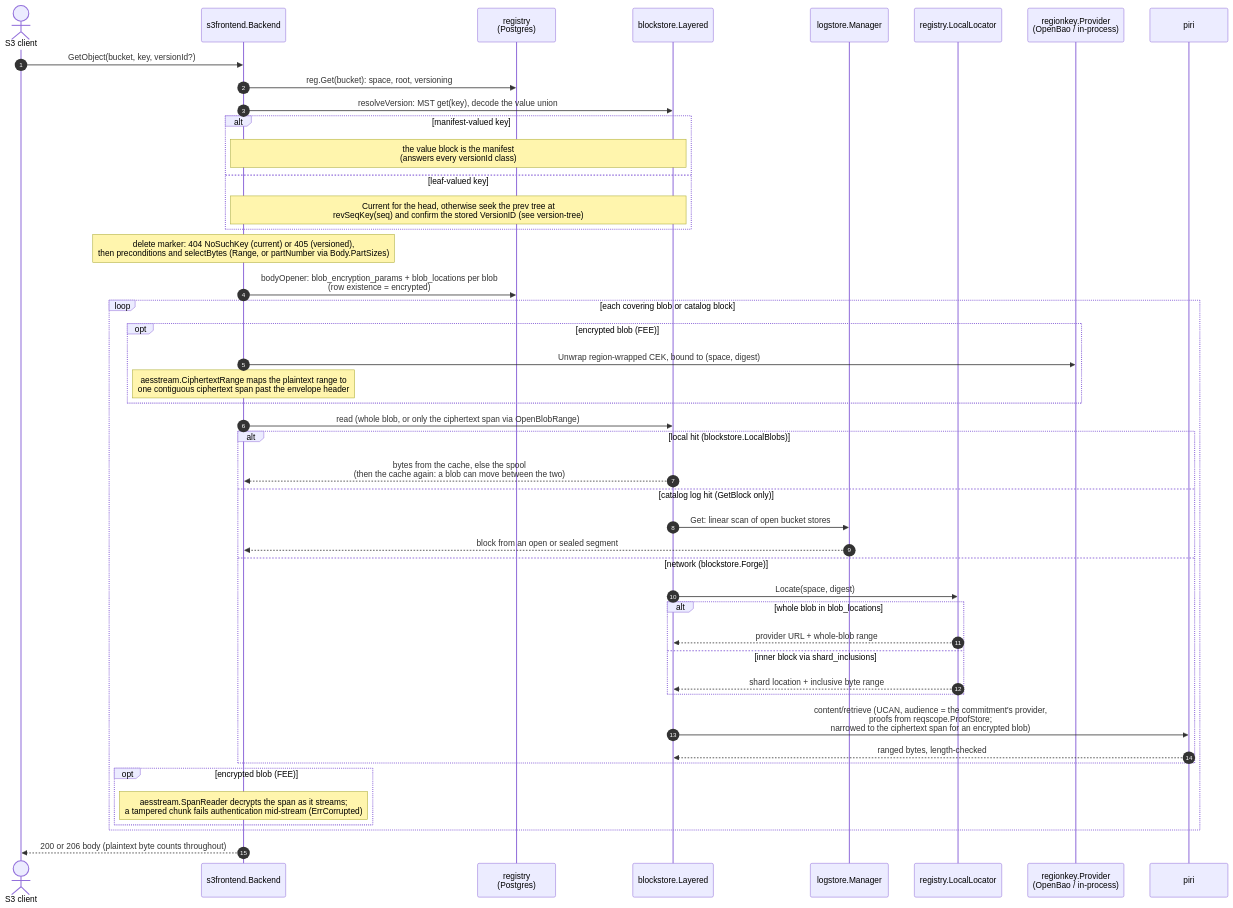
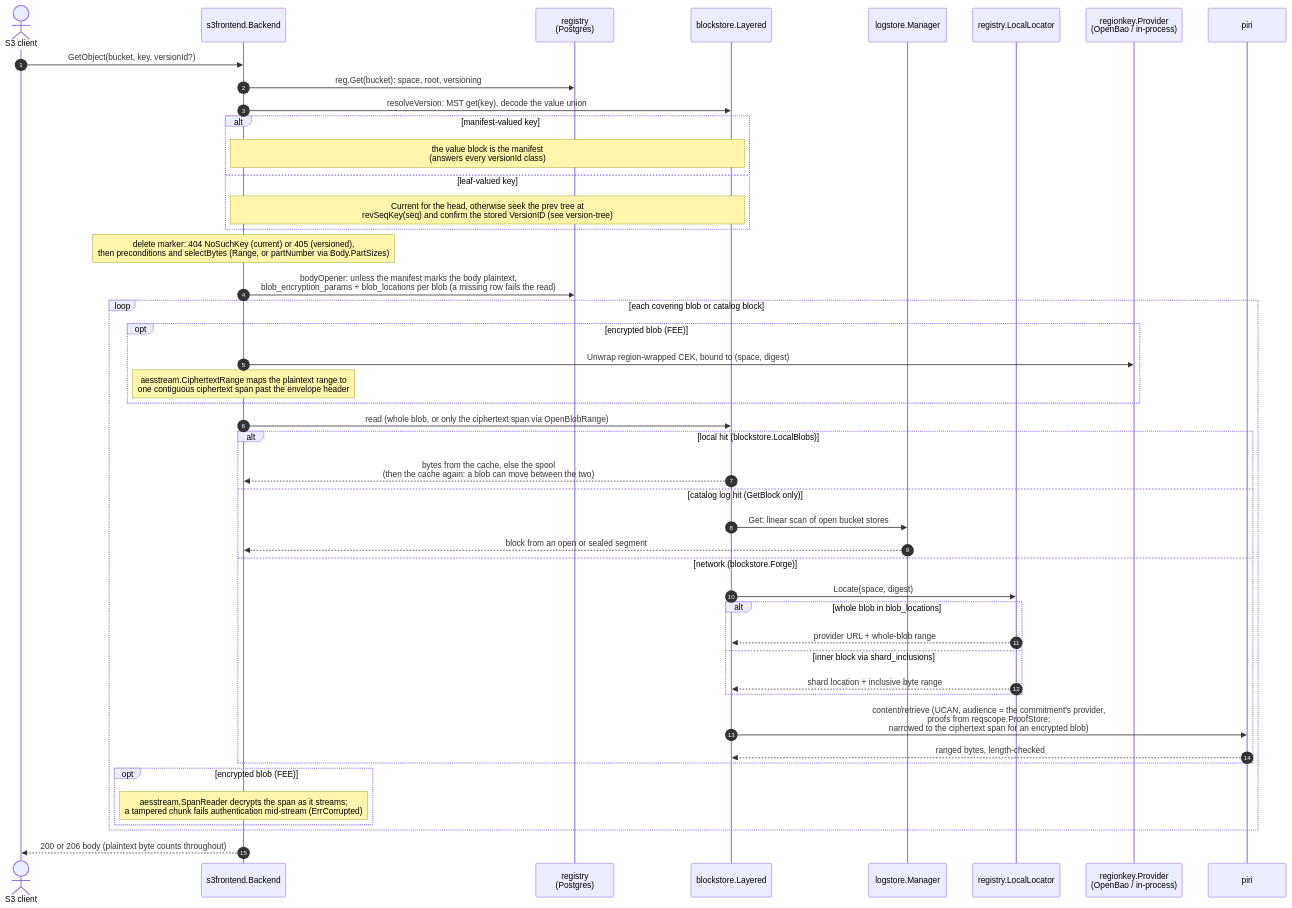
The fifth of 14 diagrams in docs/diagrams.md (fil-forge/ingot), drawn with Mermaid before and after one commit. The commit also changed 34 other files, not shown here.

````diff
--- a/docs/diagrams.md
+++ b/docs/diagrams.md
@@ -404,49 +404,49 @@
 ```mermaid
 sequenceDiagram
     autonumber
     actor C as S3 client
     participant B as s3frontend.Backend
     participant R as registry<br/>(Postgres)
     participant LY as blockstore.Layered
     participant LG as logstore.Manager
     participant LC as registry.LocalLocator
     participant K as regionkey.Provider<br/>(OpenBao / in-process)
     participant P as piri
 
     C->>B: GetObject(bucket, key, versionId?)
     B->>R: reg.Get(bucket): space, root, versioning
     B->>LY: resolveVersion: MST get(key), decode the value union
     alt manifest-valued key
         Note over B,LY: the value block is the manifest<br/>(answers every versionId class)
     else leaf-valued key
         Note over B,LY: Current for the head, otherwise seek the prev tree at<br/>revSeqKey(seq) and confirm the stored VersionID (see version-tree)
     end
     Note over B: delete marker: 404 NoSuchKey (current) or 405 (versioned),<br/>then preconditions and selectBytes (Range, or partNumber via Body.PartSizes)
-    B->>R: bodyOpener: blob_encryption_params + blob_locations per blob<br/>(row existence = encrypted)
+    B->>R: bodyOpener: unless the manifest marks the body plaintext,<br/>blob_encryption_params + blob_locations per blob (a missing row fails the read)
     loop each covering blob or catalog block
         opt encrypted blob (FEE)
             B->>K: Unwrap region-wrapped CEK, bound to (space, digest)
             Note over B: aesstream.CiphertextRange maps the plaintext range to<br/>one contiguous ciphertext span past the envelope header
         end
         B->>LY: read (whole blob, or only the ciphertext span via OpenBlobRange)
         alt local hit (blockstore.LocalBlobs)
             LY-->>B: bytes from the cache, else the spool<br/>(then the cache again: a blob can move between the two)
         else catalog log hit (GetBlock only)
             LY->>LG: Get: linear scan of open bucket stores
             LG-->>B: block from an open or sealed segment
         else network (blockstore.Forge)
             LY->>LC: Locate(space, digest)
             alt whole blob in blob_locations
                 LC-->>LY: provider URL + whole-blob range
             else inner block via shard_inclusions
                 LC-->>LY: shard location + inclusive byte range
             end
             LY->>P: content/retrieve (UCAN, audience = the commitment's provider,<br/>proofs from reqscope.ProofStore#59;<br/>narrowed to the ciphertext span for an encrypted blob)
             P-->>LY: ranged bytes, length-checked
         end
         opt encrypted blob (FEE)
             Note over B: aesstream.SpanReader decrypts the span as it streams#59;<br/>a tampered chunk fails authentication mid-stream (ErrCorrupted)
         end
     end
     B-->>C: 200 or 206 body (plaintext byte counts throughout)
 ```
````
